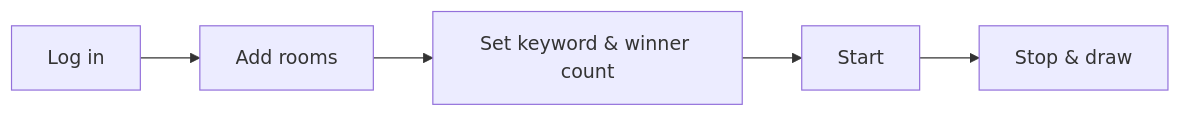
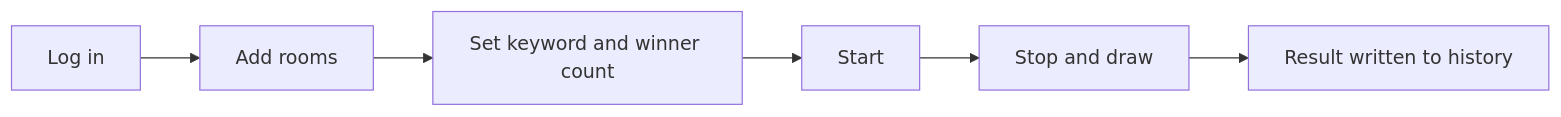
The diagram in docs/en/use-cases/scenarios.md (aDarkMaker/BiliLuckyDraw), drawn with Mermaid before and after one commit. The commit also changed other lines of this file and 30 other files, not shown here.

````diff
--- a/docs/en/use-cases/scenarios.md
+++ b/docs/en/use-cases/scenarios.md
@@ -7,7 +7,8 @@
 ```mermaid
 flowchart LR
     A[Log in] --> B[Add rooms]
-    B --> C[Set keyword & winner count]
+    B --> C[Set keyword and winner count]
     C --> D[Start]
-    D --> E[Stop & draw]
+    D --> E[Stop and draw]
+    E --> F[Result written to history]
 ```
````
